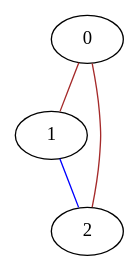
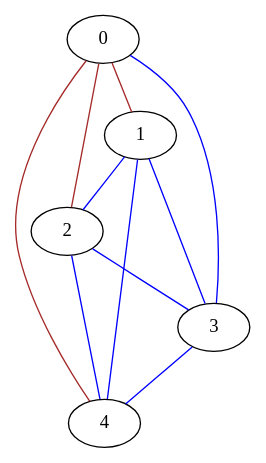
One commit to lrodrin/TFG changed the diagram in src/final/graph.dot. Above: the diagram before and after it, drawn with Graphviz. The commit also changed 9 other files, not shown here.

```diff
--- a/src/final/graph.dot
+++ b/src/final/graph.dot
@@ -1,8 +1,17 @@
-strict graph "complete_graph(3)" {
+strict graph "complete_graph(5)" {
 0;
 1;
 2;
+3;
+4;
 0 -- 1  [color=brown];
 0 -- 2  [color=brown];
+0 -- 3  [color=blue];
+0 -- 4  [color=brown];
 1 -- 2  [color=blue];
+1 -- 3  [color=blue];
+1 -- 4  [color=blue];
+2 -- 3  [color=blue];
+2 -- 4  [color=blue];
+3 -- 4  [color=blue];
 }
```
